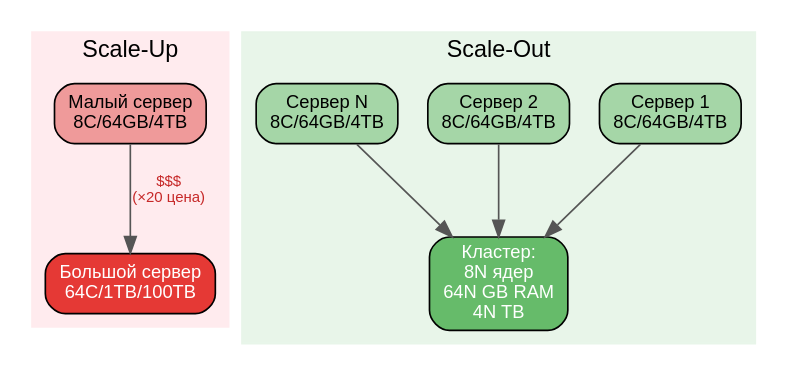
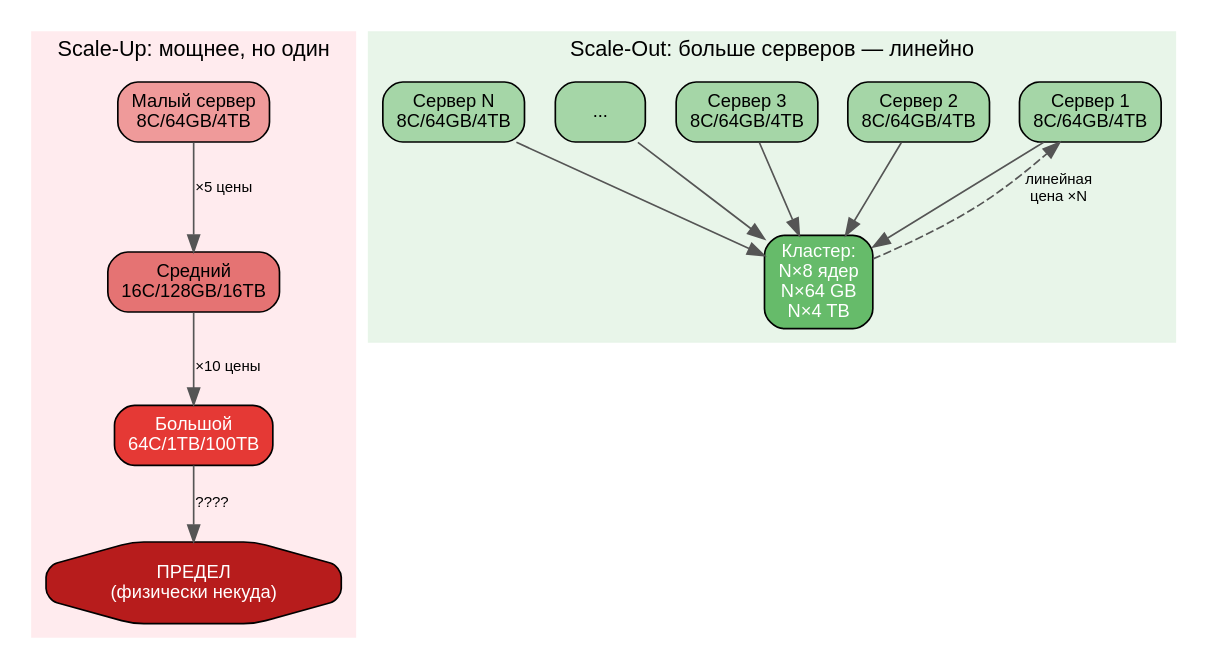
Before and after one commit to dedvmedved-dot/ceph-textbook: the second of 3 diagrams in part-I.md, drawn with Graphviz. The commit also changed other lines of this file, not shown here.

````diff
--- a/part-I.md
+++ b/part-I.md
@@ -240,27 +276,36 @@
 ```dot
 digraph {
     bgcolor=white
     node [fontname="Arial", fontsize=11, fontcolor=black, shape=box, style="filled,rounded"]
     edge [fontname="Arial", fontsize=9, fontcolor=black, color="#555555"]
 
     subgraph cluster_scaleup {
-        label="Scale-Up" fontname="Arial" fontsize=14 fontcolor=black
+        label="Scale-Up: мощнее, но один" fontname="Arial" fontsize=13 fontcolor=black
         color="#FFEBEE" style="filled"
-        small [label="Малый сервер\n8C/64GB/4TB" fillcolor="#EF9A9A"]
-        big [label="Большой сервер\n64C/1TB/100TB" fillcolor="#E53935" fontcolor=white]
-        small -> big [label="$$$\n(×20 цена)" fontcolor="#C62828"]
+        s1 [label="Малый сервер\n8C/64GB/4TB" fillcolor="#EF9A9A"]
+        s2 [label="Средний\n16C/128GB/16TB" fillcolor="#E57373"]
+        s3 [label="Большой\n64C/1TB/100TB" fillcolor="#E53935" fontcolor=white]
+        s4 [label="ПРЕДЕЛ\n(физически некуда)" fillcolor="#B71C1C" fontcolor=white shape=octagon]
+        s1 -> s2 [label="×5 цены"]
+        s2 -> s3 [label="×10 цены"]
+        s3 -> s4 [label="????"]
     }
 
     subgraph cluster_scaleout {
-        label="Scale-Out" fontname="Arial" fontsize=14 fontcolor=black
+        label="Scale-Out: больше серверов — линейно" fontname="Arial" fontsize=13 fontcolor=black
         color="#E8F5E9" style="filled"
         n1 [label="Сервер 1\n8C/64GB/4TB" fillcolor="#A5D6A7"]
         n2 [label="Сервер 2\n8C/64GB/4TB" fillcolor="#A5D6A7"]
-        n3 [label="Сервер N\n8C/64GB/4TB" fillcolor="#A5D6A7"]
-        cl [label="Кластер:\n8N ядер\n64N GB RAM\n4N TB" fillcolor="#66BB6A" fontcolor=white]
+        n3 [label="Сервер 3\n8C/64GB/4TB" fillcolor="#A5D6A7"]
+        nd [label="..." fillcolor="#A5D6A7"]
+        nn [label="Сервер N\n8C/64GB/4TB" fillcolor="#A5D6A7"]
+        cl [label="Кластер:\nN×8 ядер\nN×64 GB\nN×4 TB" fillcolor="#66BB6A" fontcolor=white]
         n1 -> cl
         n2 -> cl
         n3 -> cl
+        nd -> cl
+        nn -> cl
+        cl -> n1 [label="линейная\nцена ×N" style=dashed]
     }
 }
 ```
````
